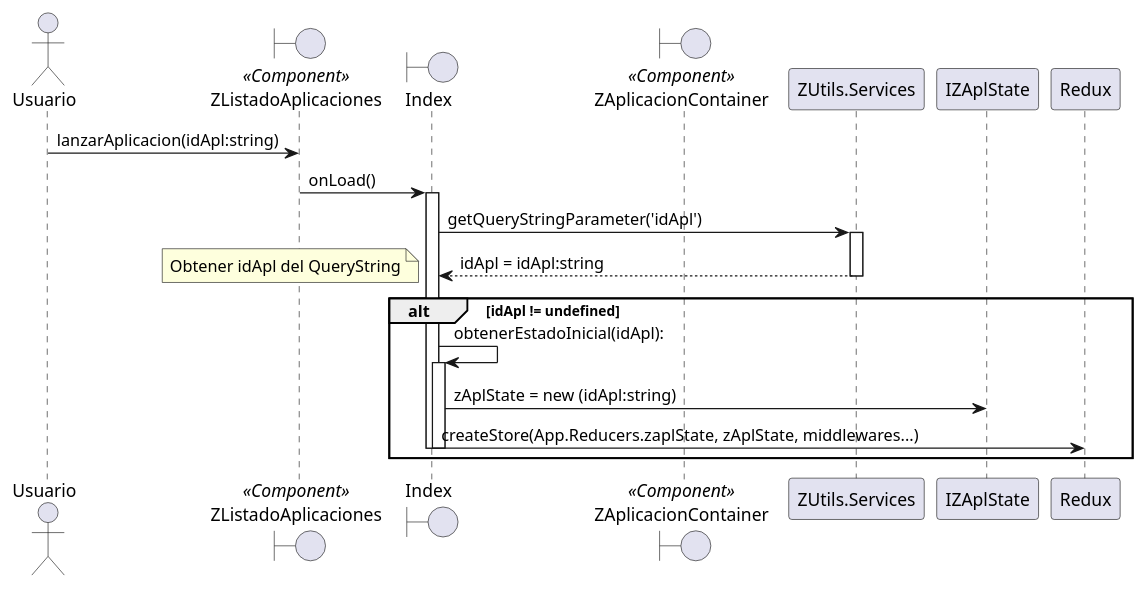
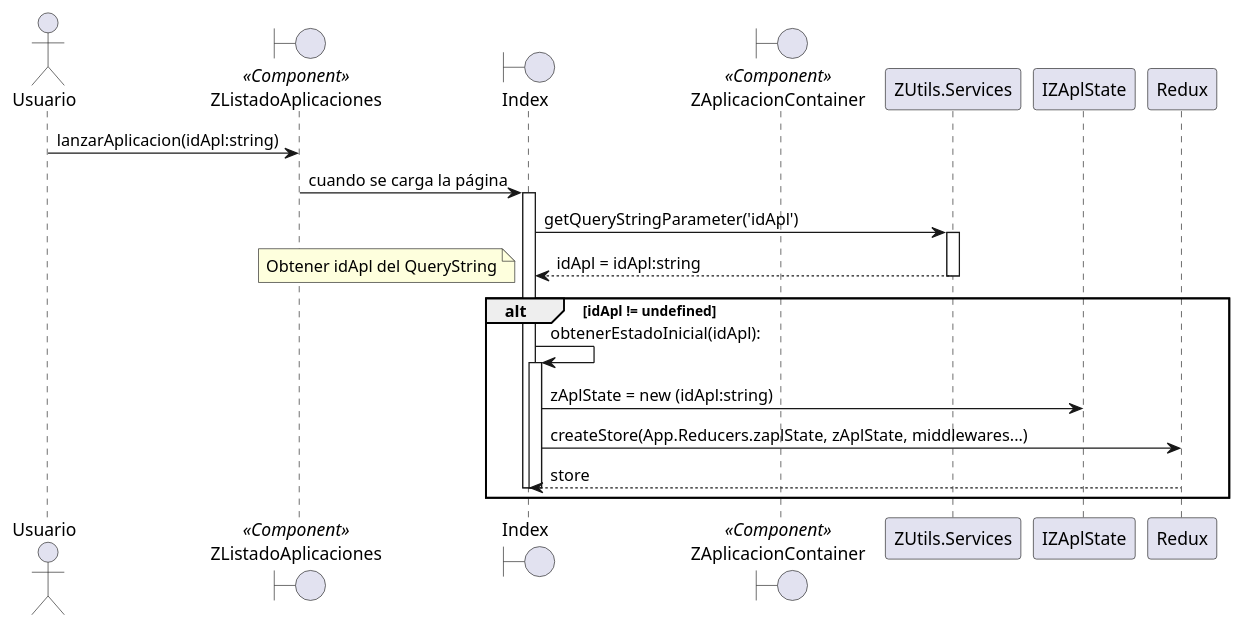
Before and after one commit to ceriosp/azenweb: the diagram in docs/zaplicacion/lanzar-aplicacion-sequence.wsd, drawn with PlantUML.

Commit message:
Diagrama de secuencia para lanzar aplicación.

```diff
--- a/docs/zaplicacion/lanzar-aplicacion-sequence.wsd
+++ b/docs/zaplicacion/lanzar-aplicacion-sequence.wsd
@@ -1,30 +1,31 @@
 @startuml
 
 actor Usuario
 
 boundary ZListadoAplicaciones <<Component>>
 boundary Index
 boundary ZAplicacionContainer <<Component>>
 
 Usuario -> ZListadoAplicaciones: lanzarAplicacion(idApl:string)
-ZListadoAplicaciones -> Index : onLoad()
+ZListadoAplicaciones -> Index : cuando se carga la página
 activate Index
 
 Index -> ZUtils.Services : getQueryStringParameter('idApl')
 activate ZUtils.Services
 Index <-- ZUtils.Services: idApl = idApl:string
 deactivate ZUtils.Services
 
 alt idApl != undefined
 
 note left: Obtener idApl del QueryString
 Index -> Index:obtenerEstadoInicial(idApl):
 activate Index
 Index -> IZAplState : zAplState = new (idApl:string)
 Index -> Redux: createStore(App.Reducers.zaplState, zAplState, middlewares...)
+Index <-- Redux: store
 
 deactivate Index
 deactivate Index
 end
 
 @enduml
```
